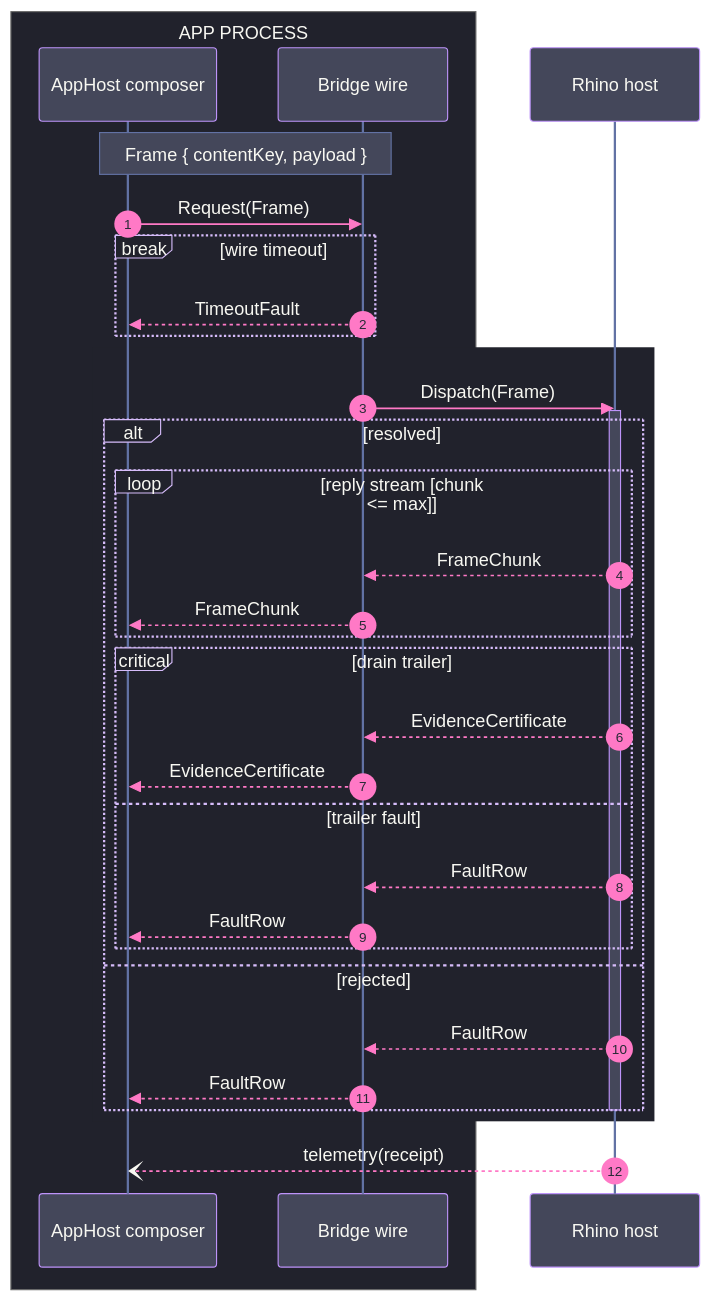
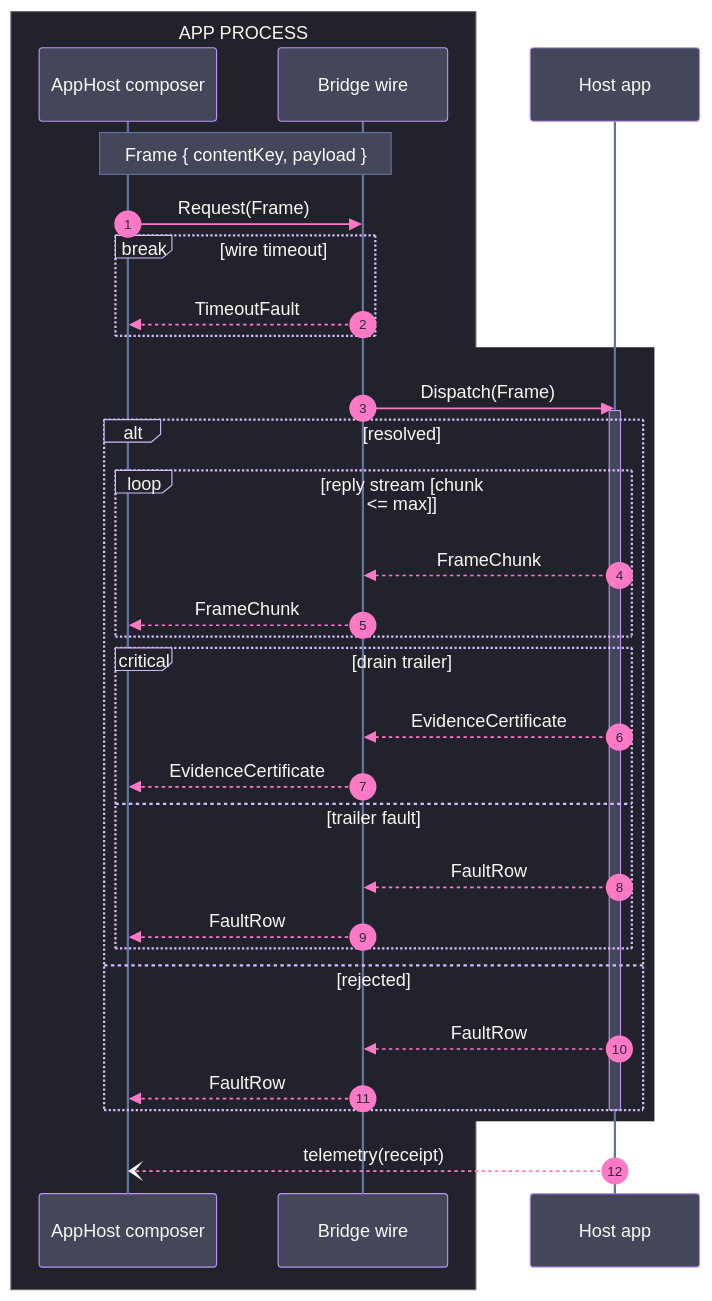
One commit to bsamiee/Rasm changed the diagram in .claude/skills/mermaid-diagramming/templates/wire-sequence.mmd.md. Above: the diagram before and after it, drawn with Mermaid. The commit also changed 134 other files, not shown here.

````diff
--- a/.claude/skills/mermaid-diagramming/templates/wire-sequence.mmd.md
+++ b/.claude/skills/mermaid-diagramming/templates/wire-sequence.mmd.md
@@ -5,68 +5,68 @@
 ```mermaid
 ---
 config:
   theme: base
   look: classic
   themeVariables:
     darkMode: true
     fontFamily: "SF Mono, Menlo, Cascadia Mono, Segoe UI Mono, Consolas, monospace"
     useGradient: false
     dropShadow: "none"
     background: "#282A36"
     primaryColor: "#44475A"
     primaryTextColor: "#F8F8F2"
     noteBkgColor: "#44475A"
     noteTextColor: "#F8F8F2"
     noteBorderColor: "#6272A4"
     actorBkg: "#44475A"
     actorBorder: "#BD93F9"
     actorTextColor: "#F8F8F2"
     actorLineColor: "#6272A4"
     signalColor: "#FF79C6"
     signalTextColor: "#F8F8F2"
     sequenceNumberColor: "#282A36"
     activationBkgColor: "#44475A"
     activationBorderColor: "#BD93F9"
     loopTextColor: "#F8F8F2"
     labelBoxBkgColor: "#21222C"
     labelBoxBorderColor: "#D6BCFA"
     labelTextColor: "#F8F8F2"
   themeCSS: "text.actor tspan{font-size:13px;font-weight:600}.messageText{font-size:12px;font-weight:500}.noteText{font-size:12px}.loopText,.labelText{font-size:12px;font-weight:500}.messageLine0{stroke-width:2px}.messageLine1{stroke-width:1.5px;stroke-dasharray:4 6}.actor{stroke-width:1.5px}rect.actor{filter:none!important}[id$='-filled-head'] path{fill:#FF79C6;stroke:#FF79C6}"
 ---
 sequenceDiagram
     accTitle: Bridge wire exchange
-    accDescr: The app host dispatching a certified frame through the bridge wire to the Rhino host, with a timeout break, a bounded reply-stream loop, a mandatory trailer drain with its fault option, a rejected alternative, an async telemetry send, and the frame shape noted over the wire.
+    accDescr: The app host dispatching a certified frame through the bridge wire to the host app, with a timeout break, a bounded reply-stream loop, a mandatory trailer drain with its fault option, a rejected alternative, an async telemetry send, and the frame shape noted over the wire.
     autonumber
     box rgb(33, 34, 44) APP PROCESS
         participant C as AppHost composer
         participant W as Bridge wire
     end
-    participant R as Rhino host
+    participant R as Host app
     Note over C,W: Frame { contentKey, payload }
     C->>W: Request(Frame)
     break wire timeout
         W-->>C: TimeoutFault
     end
     rect rgb(33, 34, 44)
         W->>R: Dispatch(Frame)
         activate R
         alt resolved
             loop reply stream [chunk <= max]
                 R-->>W: FrameChunk
                 W-->>C: FrameChunk
             end
             critical drain trailer
                 R-->>W: EvidenceCertificate
                 W-->>C: EvidenceCertificate
             option trailer fault
                 R-->>W: FaultRow
                 W-->>C: FaultRow
             end
         else rejected
             R-->>W: FaultRow
             W-->>C: FaultRow
         end
         deactivate R
     end
     R--)C: telemetry(receipt)
 ```
````
